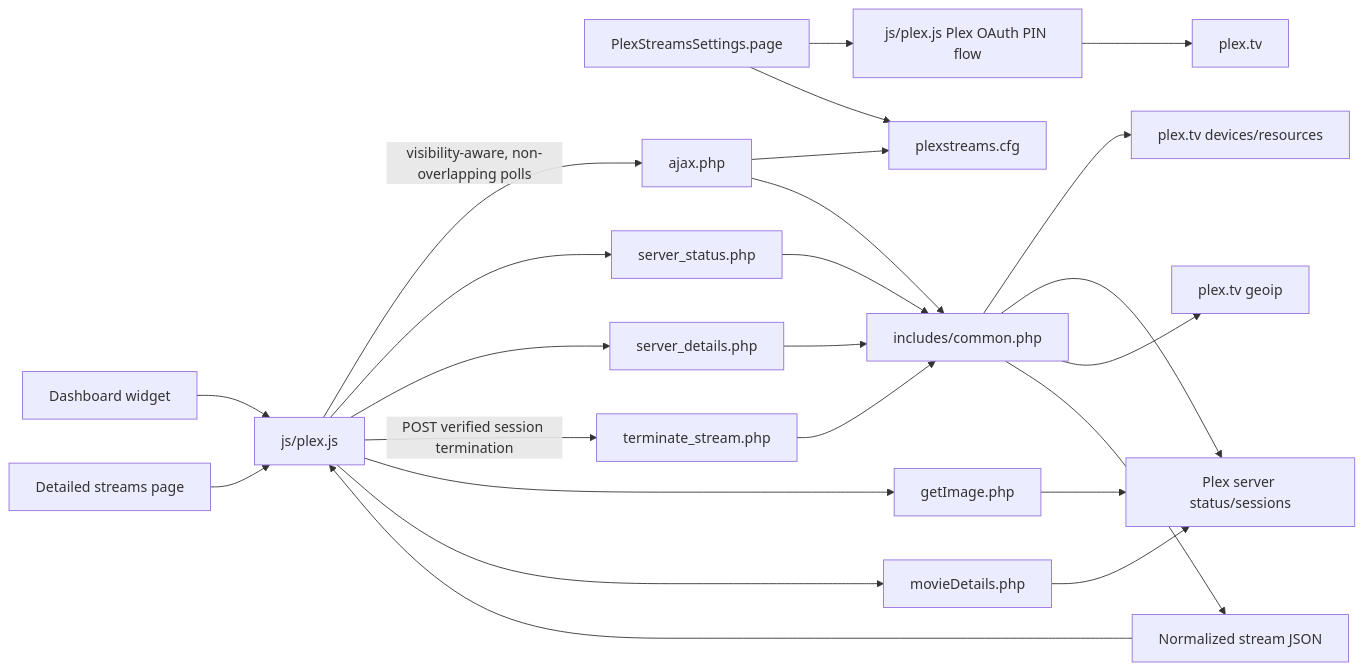
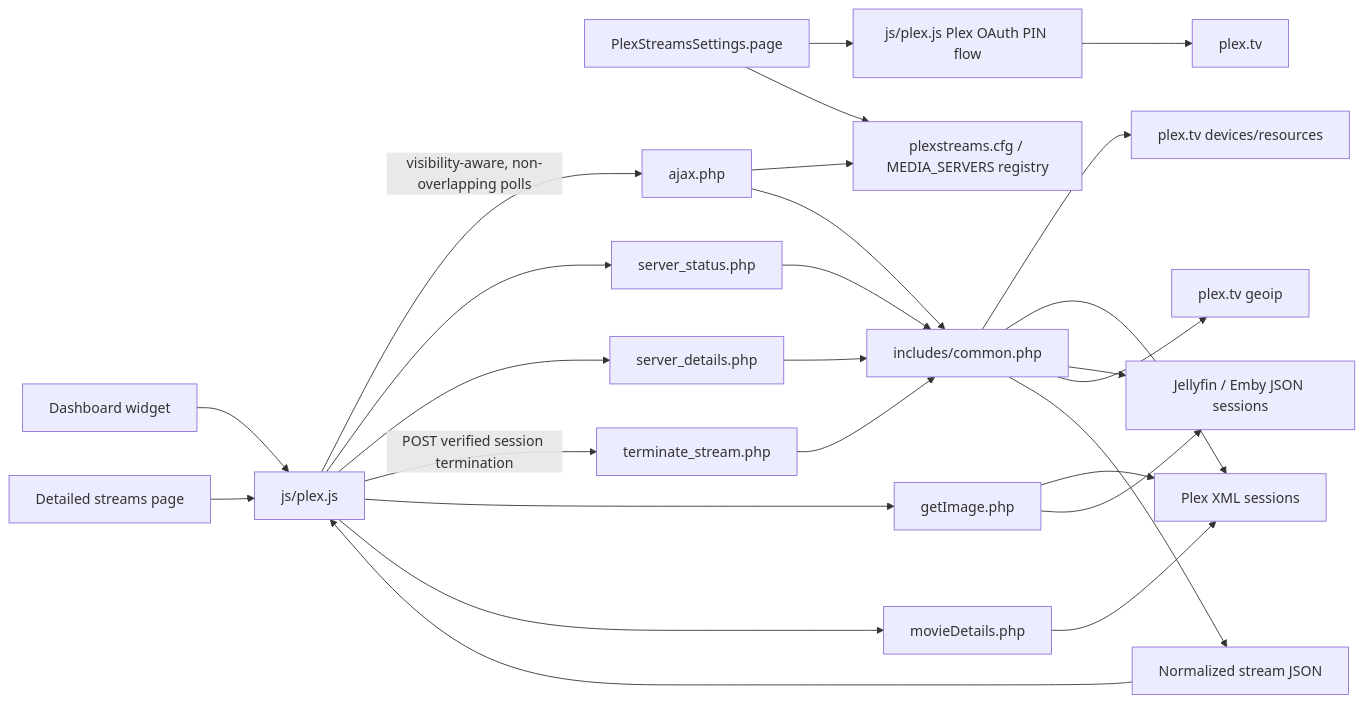
The first of 2 diagrams in ARCHITECTURE.md (dorgan/Unraid-plexstreams), drawn with Mermaid before and after one commit. The commit also changed other lines of this file and 2 other files, not shown here.

Commit message:
fix: remote stream health indicator getting cutoff

````diff
--- a/ARCHITECTURE.md
+++ b/ARCHITECTURE.md
@@ -11,26 +11,28 @@
 ```mermaid
 flowchart LR
     Settings[PlexStreamsSettings.page] --> OAuth[js/plex.js Plex OAuth PIN flow]
     OAuth --> PlexAccount[plex.tv]
-    Settings --> Config[plexstreams.cfg]
+    Settings --> Config[plexstreams.cfg / MEDIA_SERVERS registry]
     Dashboard[Dashboard widget] --> BrowserJS[js/plex.js]
     StreamsPage[Detailed streams page] --> BrowserJS
-  BrowserJS -->|visibility-aware, non-overlapping polls| Ajax[ajax.php]
-  BrowserJS --> ServerStatus[server_status.php]
-  BrowserJS --> ServerDetails[server_details.php]
-  BrowserJS -->|POST verified session termination| Terminate[terminate_stream.php]
+    BrowserJS -->|visibility-aware, non-overlapping polls| Ajax[ajax.php]
+    BrowserJS --> ServerStatus[server_status.php]
+    BrowserJS --> ServerDetails[server_details.php]
+    BrowserJS -->|POST verified session termination| Terminate[terminate_stream.php]
     Ajax --> Config
     Ajax --> Common[includes/common.php]
     Common --> PlexDiscovery[plex.tv devices/resources]
-    Common --> PlexServers[Plex server status/sessions]
+    Common --> PlexServers[Plex XML sessions]
+    Common --> EmbyLike[Jellyfin / Emby JSON sessions]
     Common --> GeoIP[plex.tv geoip]
     Common --> StreamJSON[Normalized stream JSON]
     StreamJSON --> BrowserJS
     BrowserJS --> ImageProxy[getImage.php]
     BrowserJS --> Details[movieDetails.php]
     ImageProxy --> PlexServers
+    ImageProxy --> EmbyLike
     Details --> PlexServers
-  ServerStatus --> Common
-  ServerDetails --> Common
-  Terminate --> Common
+    ServerStatus --> Common
+    ServerDetails --> Common
+    Terminate --> Common
 ```
````
